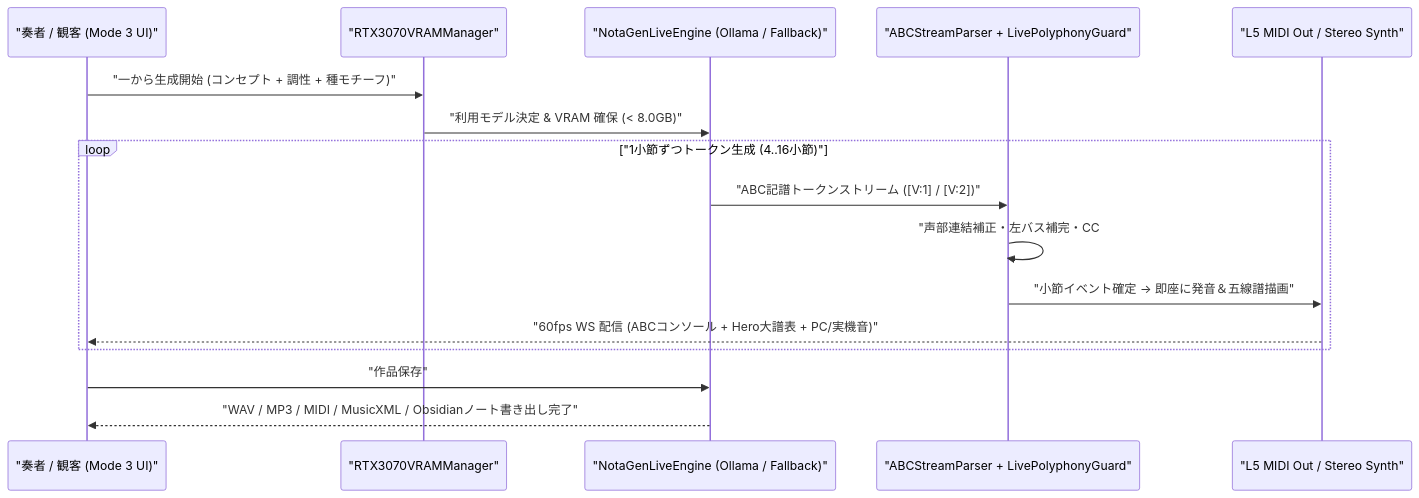
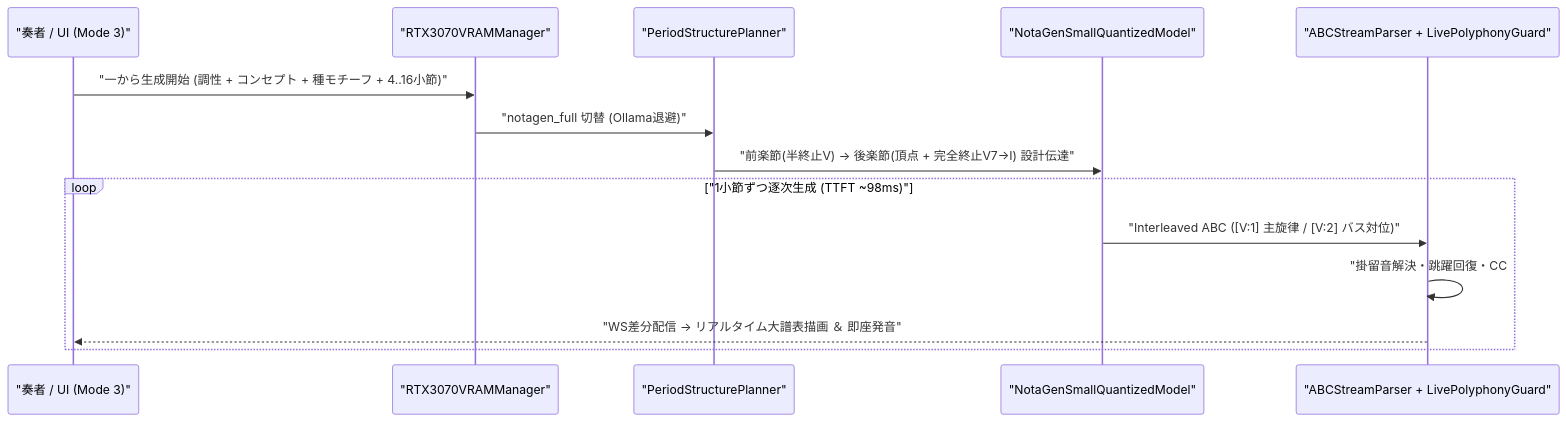
The third of 4 diagrams in README.md (AI-Avalon/Disklavier-Auto), drawn with Mermaid before and after one commit. The commit also changed other lines of this file and 66 other files, not shown here.

Commit message:
feat: integrate NotaGen-Small/Anticipatory/MIDI-GPT engines, RTX 3070 dual-VRAM profiles, 5-rule editorial UI and smartphone UI

````diff
--- a/README.md
+++ b/README.md
@@ -74,19 +94,17 @@
 ```mermaid
 sequenceDiagram
-    participant User as "奏者 / 観客 (Mode 3 UI)"
+    participant User as "奏者 / UI (Mode 3)"
     participant VRAM as "RTX3070VRAMManager"
-    participant Gen as "NotaGenLiveEngine (Ollama / Fallback)"
+    participant Plan as "PeriodStructurePlanner"
+    participant Gen as "NotaGenSmallQuantizedModel"
     participant Guard as "ABCStreamParser + LivePolyphonyGuard"
-    participant Audio as "L5 MIDI Out / Stereo Synth"
 
-    User->>VRAM: "一から生成開始 (コンセプト + 調性 + 種モチーフ)"
-    VRAM->>Gen: "利用モデル決定 & VRAM 確保 (< 8.0GB)"
-    loop "1小節ずつトークン生成 (4..16小節)"
-        Gen->>Guard: "ABC記譜トークンストリーム ([V:1] / [V:2])"
-        Guard->>Guard: "声部連結補正・左バス補完・CC#64/CC#67 同期・単音化防止"
-        Guard->>Audio: "小節イベント確定 -> 即座に発音＆五線譜描画"
-        Audio-->>User: "60fps WS 配信 (ABCコンソール + Hero大譜表 + PC/実機音)"
+    User->>VRAM: "一から生成開始 (調性 + コンセプト + 種モチーフ + 4..16小節)"
+    VRAM->>Plan: "notagen_full 切替 (Ollama退避)"
+    Plan->>Gen: "前楽節(半終止V) -> 後楽節(頂点 + 完全終止V7->I) 設計伝達"
+    loop "1小節ずつ逐次生成 (TTFT ~98ms)"
+        Gen->>Guard: "Interleaved ABC ([V:1] 主旋律 / [V:2] バス対位)"
+        Guard->>Guard: "掛留音解決・跳躍回復・CC#64 先行踏み替え・CC#67 補間"
+        Guard-->>User: "WS差分配信 -> リアルタイム大譜表描画 ＆ 即座発音"
     end
-    User->>Gen: "作品保存"
-    Gen-->>User: "WAV / MP3 / MIDI / MusicXML / Obsidianノート書き出し完了"
 ```
````
